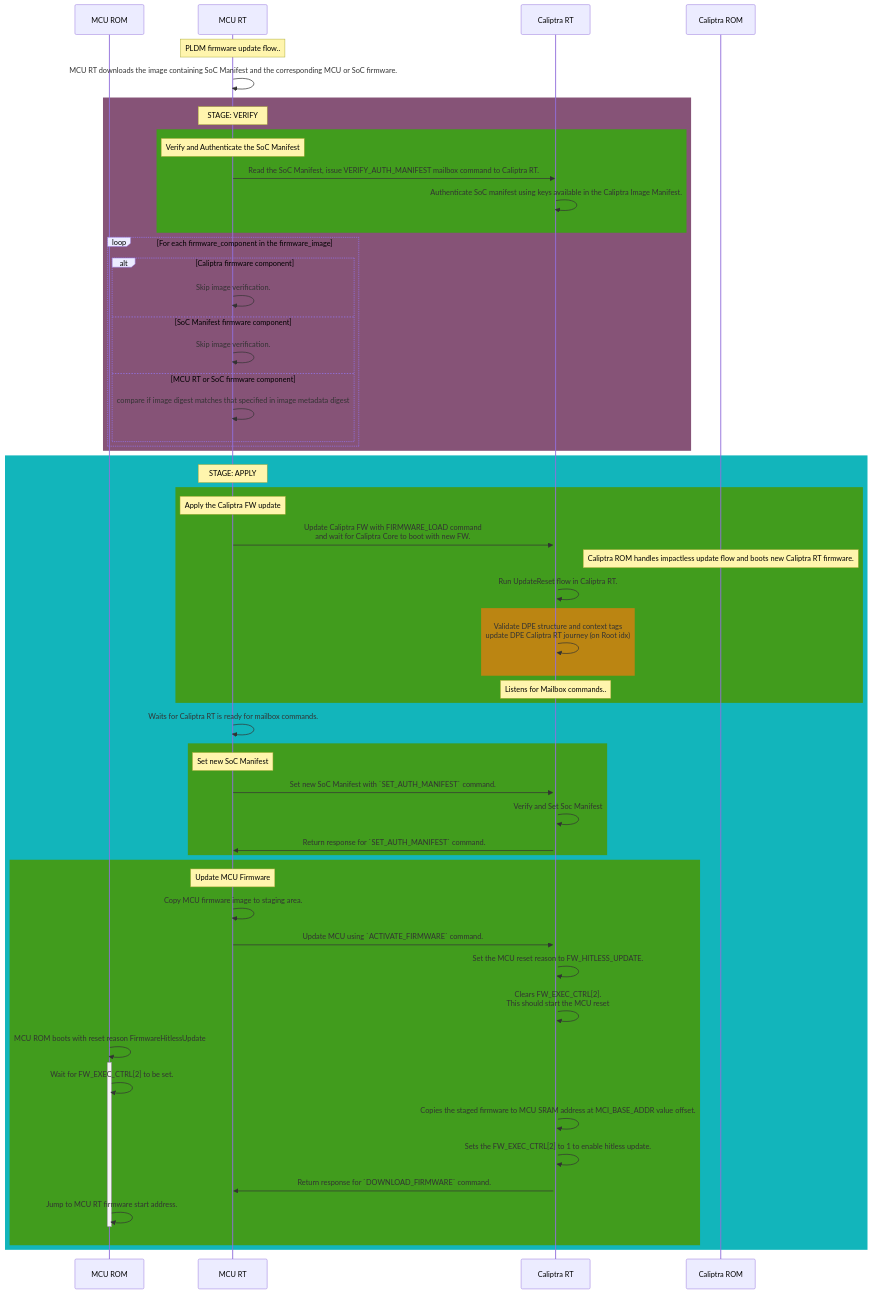
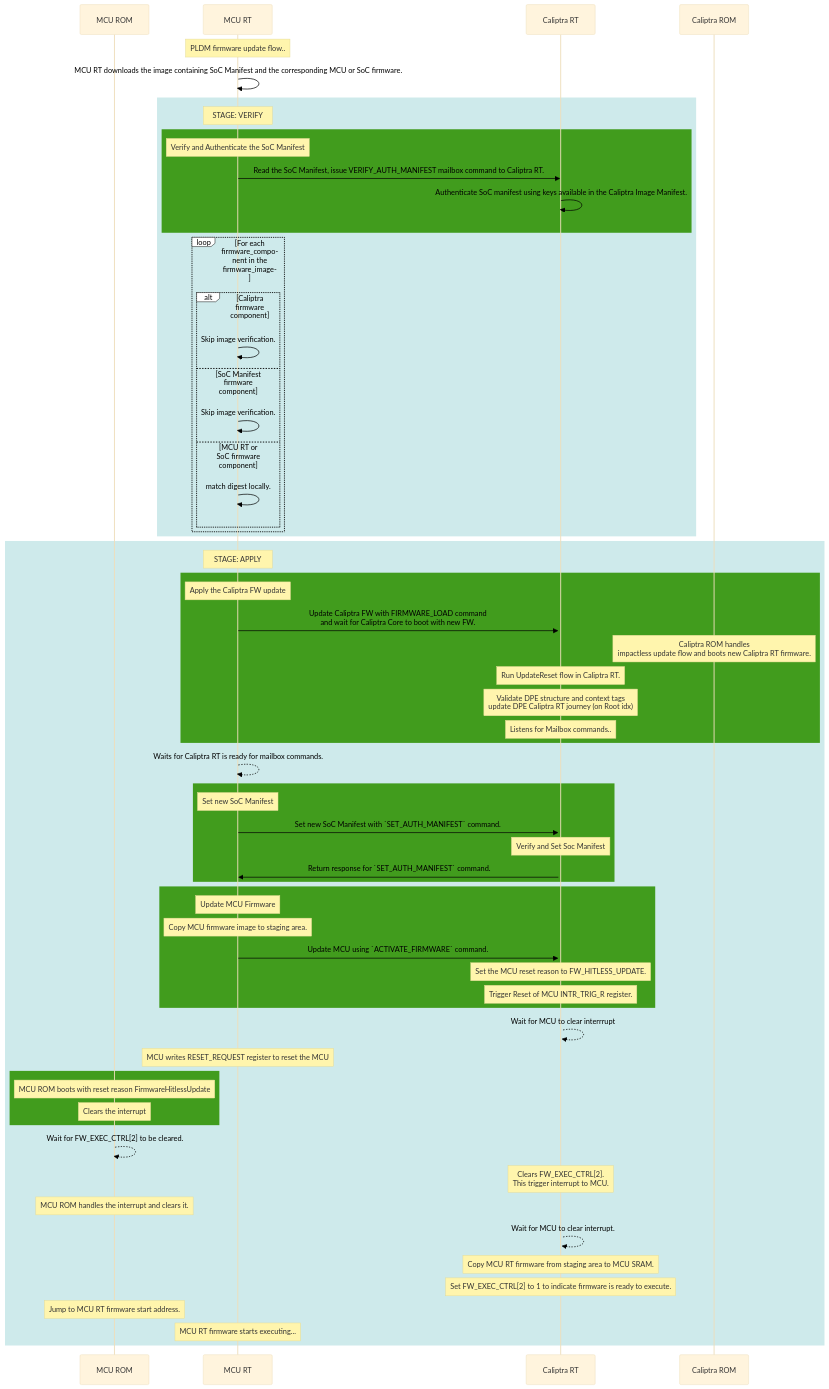
One commit to chipsalliance/caliptra-mcu-sw changed the second of 2 diagrams in docs/src/measurements.md. Above: the diagram before and after it, drawn with Mermaid. The commit also changed other lines of this file, not shown here.

Commit message:
update 3

````diff
--- a/docs/src/measurements.md
+++ b/docs/src/measurements.md
@@ -55,11 +51,27 @@
 ```mermaid
+%%{init: {
+  'theme':'base', 
+  'themeVariables': {
+    'loopTextColor': '#000000',
+    'labelBoxBkgColor': '#ffffff',
+    'labelBoxBorderColor': '#000000',
+    'labelTextColor': '#000000',
+    'altSectionBkgColor': '#ffffff',
+    'c0': '#000000',
+    'c1': '#000000',
+    'c2': '#000000',
+    'c3': '#000000',
+    'signalColor': '#000000',
+    'signalTextColor': '#000000'
+  }
+}}%%
 sequenceDiagram
     participant MCU ROM
     participant MCU RT
     participant Caliptra RT
     NOTE over MCU RT: PLDM firmware update flow..
     MCU RT ->> MCU RT: MCU RT downloads the image containing SoC Manifest and the corresponding MCU or SoC firmware.
-    rect rgba(134, 83, 119, 1)
+    rect rgba(206, 234, 235, 1)
         note over MCU RT: STAGE: VERIFY
         rect rgba(65, 156, 29, 1)
             note over MCU RT: Verify and Authenticate the SoC Manifest
@@ -72,51 +84,55 @@
             else SoC Manifest firmware component
                 MCU RT ->> MCU RT: Skip image verification.
             else MCU RT or SoC firmware component
-                MCU RT ->> MCU RT: compare if image digest matches that specified in image metadata digest
+                MCU RT ->> MCU RT: match digest locally.
             end
         end
     end
 
-    rect rgba(18, 181, 187, 1)
+    rect rgba(206, 234, 235, 1)
         note over MCU RT: STAGE: APPLY
         rect rgba(65, 156, 29, 1)
             Note over MCU RT: Apply the Caliptra FW update
             MCU RT ->>+ Caliptra RT: Update Caliptra FW with FIRMWARE_LOAD command<br/> and wait for Caliptra Core to boot with new FW.
-            note over Caliptra ROM: Caliptra ROM handles impactless update flow and boots new Caliptra RT firmware.
-            Caliptra RT ->> Caliptra RT: Run UpdateReset flow in Caliptra RT.
-            rect rgba(187, 133, 18, 1)
-                Caliptra RT ->> Caliptra RT: Validate DPE structure and context tags <br/> update DPE Caliptra RT journey (on Root idx) 
-            end
+            note over Caliptra ROM: Caliptra ROM handles<br/> impactless update flow and boots new Caliptra RT firmware.
+            note over Caliptra RT: Run UpdateReset flow in Caliptra RT.
+            %% rect rgba(187, 133, 18, 1)
+            Note over Caliptra RT: Validate DPE structure and context tags <br/> update DPE Caliptra RT journey (on Root idx) 
+            %% end
             note over Caliptra RT: Listens for Mailbox commands..
         end
 
-        MCU RT ->> MCU RT: Waits for Caliptra RT is ready for mailbox commands.
+        MCU RT -->> MCU RT: Waits for Caliptra RT is ready for mailbox commands.
 
         rect rgba(65, 156, 29, 1)
             note over MCU RT: Set new SoC Manifest
             MCU RT ->> Caliptra RT: Set new SoC Manifest with `SET_AUTH_MANIFEST` command.
-            Caliptra RT ->> Caliptra RT: Verify and Set Soc Manifest
+            note over Caliptra RT: Verify and Set Soc Manifest
             Caliptra RT ->> MCU RT: Return response for `SET_AUTH_MANIFEST` command.
         end
 
         rect rgba(65, 156, 29, 1)
             note over  MCU RT: Update MCU Firmware
-            MCU RT ->> MCU RT: Copy MCU firmware image to staging area.
+            note over MCU RT: Copy MCU firmware image to staging area.
             MCU RT ->> Caliptra RT: Update MCU using `ACTIVATE_FIRMWARE` command.
-            Caliptra RT ->> Caliptra RT: Set the MCU reset reason to FW_HITLESS_UPDATE.
-            Caliptra RT ->> Caliptra RT: Clears FW_EXEC_CTRL[2]. <br/> This should start the MCU reset
-            MCU ROM ->>+ MCU ROM: MCU ROM boots with reset reason FirmwareHitlessUpdate
-            MCU ROM ->> MCU ROM: Wait for FW_EXEC_CTRL[2] to be set.
-            Caliptra RT ->> Caliptra RT: Copies the staged firmware to MCU SRAM address at MCI_BASE_ADDR value offset.
-            Caliptra RT ->> Caliptra RT: Sets the FW_EXEC_CTRL[2] to 1 to enable hitless update. 
-            Caliptra RT ->> MCU RT: Return response for `DOWNLOAD_FIRMWARE` command.
-            MCU ROM ->>- MCU ROM: Jump to MCU RT firmware start address.
+            note over Caliptra RT: Set the MCU reset reason to FW_HITLESS_UPDATE.
+            note over Caliptra RT: Trigger Reset of MCU INTR_TRIG_R register.
         end
+        Caliptra RT -->> Caliptra RT: Wait for MCU to clear interrrupt
+        note over MCU RT: MCU writes RESET_REQUEST register to reset the MCU
+        rect rgba(65, 156, 29, 1)
+            note over MCU ROM: MCU ROM boots with reset reason FirmwareHitlessUpdate
+            note over MCU ROM: Clears the interrupt
+        end
+        MCU ROM -->> MCU ROM: Wait for FW_EXEC_CTRL[2] to be cleared.
+
+        note over Caliptra RT: Clears FW_EXEC_CTRL[2]. <br/> This trigger interrupt to MCU.
+        note over MCU ROM: MCU ROM handles the interrupt and clears it.
+        Caliptra RT -->> Caliptra RT: Wait for MCU to clear interrupt.
+        note over Caliptra RT: Copy MCU RT firmware from staging area to MCU SRAM.
+        note over Caliptra RT: Set FW_EXEC_CTRL[2] to 1 to indicate firmware is ready to execute.
+        note over MCU ROM: Jump to MCU RT firmware start address.
+        note over MCU RT: MCU RT firmware starts executing...
 
     end
-
-
-
-
-    
 ```
````
